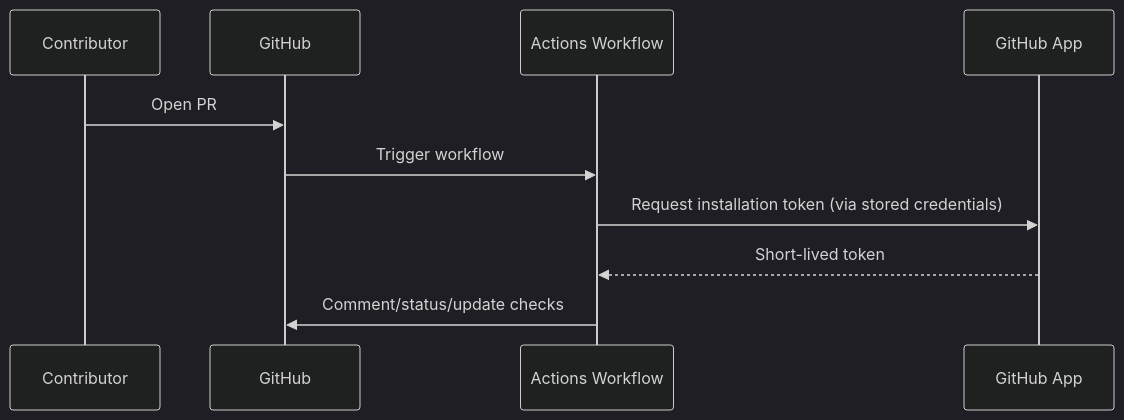
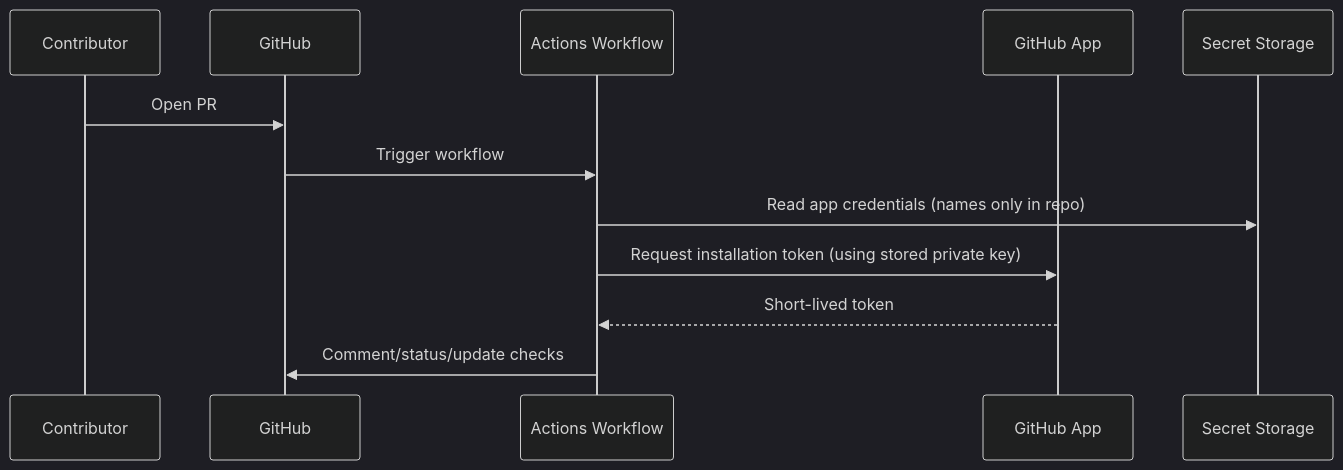
Before and after one commit to bartytime4life/Kansas-Frontier-Matrix: the second of 2 diagrams in .github/apps/README.md, drawn with Mermaid (dark theme). The commit also changed other lines of this file, not shown here.

```diff
--- a/.github/apps/README.md
+++ b/.github/apps/README.md
@@ -177,13 +240,15 @@
 ~~~mermaid
 sequenceDiagram
   participant Dev as Contributor
   participant GH as GitHub
   participant WF as Actions Workflow
   participant App as GitHub App
+  participant SS as Secret Storage
 
   Dev->>GH: Open PR
   GH->>WF: Trigger workflow
-  WF->>App: Request installation token (via stored credentials)
+  WF->>SS: Read app credentials (names only in repo)
+  WF->>App: Request installation token (using stored private key)
   App-->>WF: Short-lived token
   WF->>GH: Comment/status/update checks
 ~~~
```
